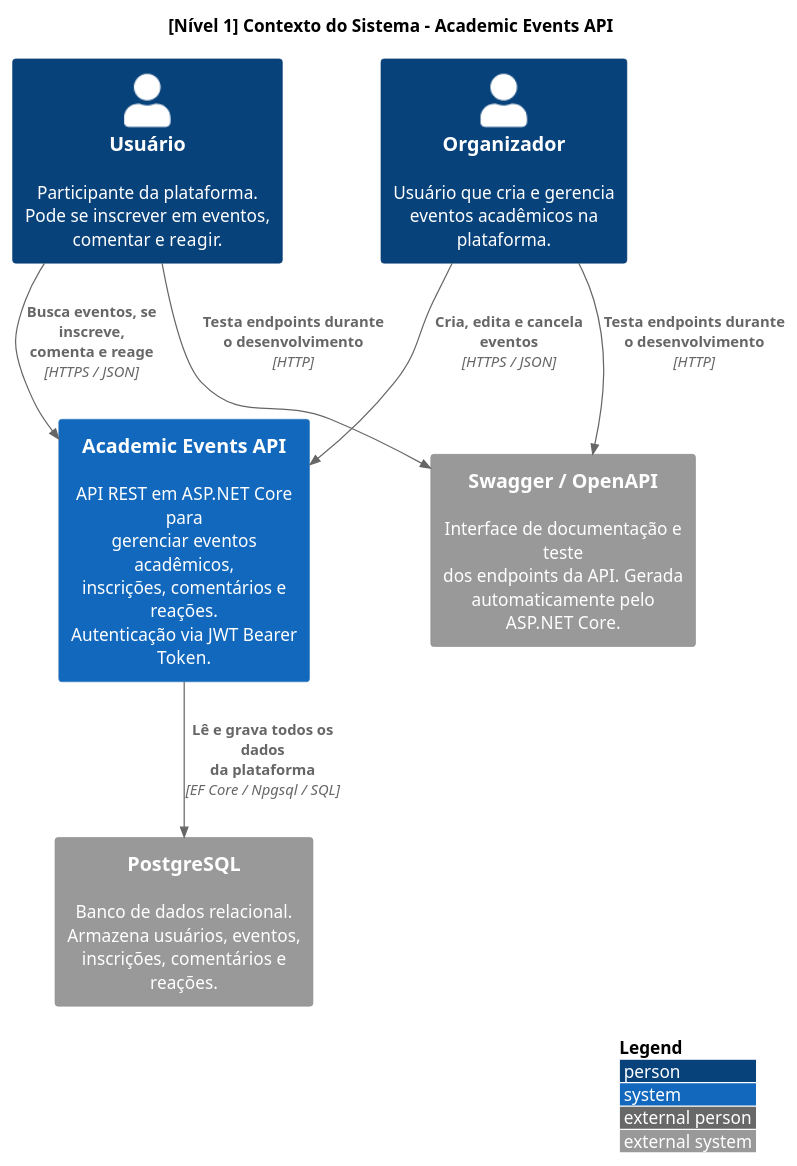
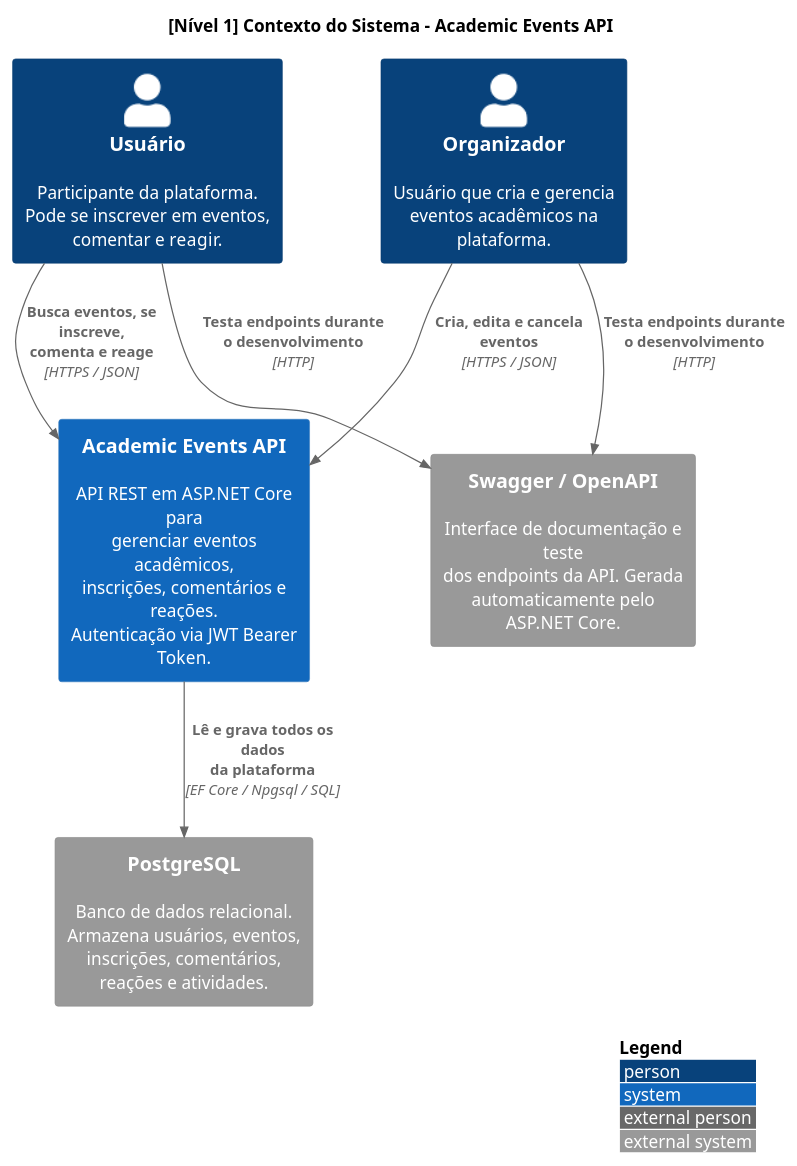
The diagram in docs/diagrams/c4_nivel1_contexto.puml (JulianaBallin/Academic-Events-API), drawn with PlantUML before and after one commit. The commit also changed 7 other files, not shown here.

```diff
--- a/docs/diagrams/c4_nivel1_contexto.puml
+++ b/docs/diagrams/c4_nivel1_contexto.puml
@@ -1,31 +1,31 @@
 @startuml c4_nivel1_contexto
 
 ' usa a biblioteca C4 embutida no PlantUML (stdlib, não precisa de internet)
 !include <C4/C4_Context>
 
 LAYOUT_WITH_LEGEND()
 
 title [Nível 1] Contexto do Sistema - Academic Events API
 
 ' atores externos que interagem com o sistema
 Person(usuario, "Usuário", "Participante da plataforma.\nPode se inscrever em eventos,\ncomentar e reagir.")
 
 Person(organizador, "Organizador", "Usuário que cria e gerencia\neventos acadêmicos na plataforma.")
 
 ' sistema principal que estamos documentando
 System(api, "Academic Events API", "API REST em ASP.NET Core para\ngerenciar eventos acadêmicos,\ninscrições, comentários e reações.\nAutenticação via JWT Bearer Token.")
 
 ' sistema externo de persistência
-System_Ext(postgres, "PostgreSQL", "Banco de dados relacional.\nArmazena usuários, eventos,\ninscrições, comentários e reações.")
+System_Ext(postgres, "PostgreSQL", "Banco de dados relacional.\nArmazena usuários, eventos,\ninscrições, comentários, reações e atividades.")
 
 ' sistema externo de documentação (gerado automaticamente)
 System_Ext(swagger, "Swagger / OpenAPI", "Interface de documentação e teste\ndos endpoints da API. Gerada\nautomaticamente pelo ASP.NET Core.")
 
 ' relacionamentos
 Rel(usuario, api, "Busca eventos, se inscreve,\ncomenta e reage", "HTTPS / JSON")
 Rel(organizador, api, "Cria, edita e cancela eventos", "HTTPS / JSON")
 Rel(api, postgres, "Lê e grava todos os dados\nda plataforma", "EF Core / Npgsql / SQL")
 Rel(usuario, swagger, "Testa endpoints durante\no desenvolvimento", "HTTP")
 Rel(organizador, swagger, "Testa endpoints durante\no desenvolvimento", "HTTP")
 
 @enduml
```
